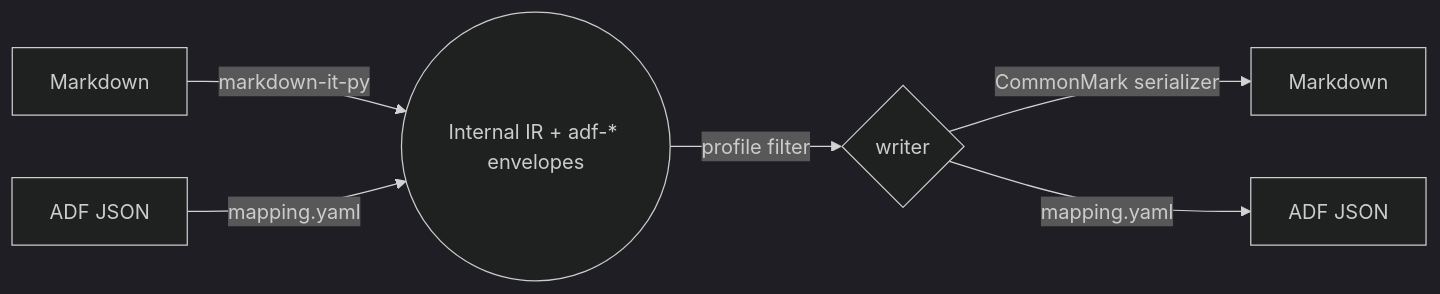
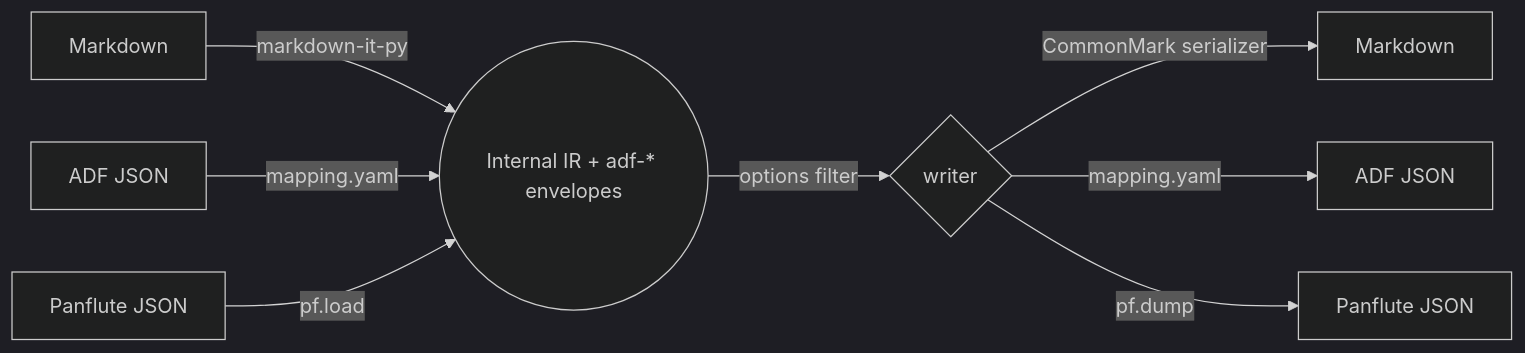
Before and after one commit to mikejhill/adflux: the diagram in README.md, drawn with Mermaid (dark theme). The commit also changed other lines of this file and 40 other files, not shown here.

````diff
--- a/README.md
+++ b/README.md
@@ -14,8 +14,10 @@
 ```mermaid
 flowchart LR
   MD[Markdown] -->|markdown-it-py| IR((Internal IR + adf-* envelopes))
   ADF[ADF JSON] -->|mapping.yaml| IR
-  IR -->|profile filter| W{writer}
+  PF[Panflute JSON] -->|pf.load| IR
+  IR -->|options filter| W{writer}
   W -->|CommonMark serializer| MD2[Markdown]
   W -->|mapping.yaml| ADF2[ADF JSON]
+  W -->|pf.dump| PF2[Panflute JSON]
 ```
````
